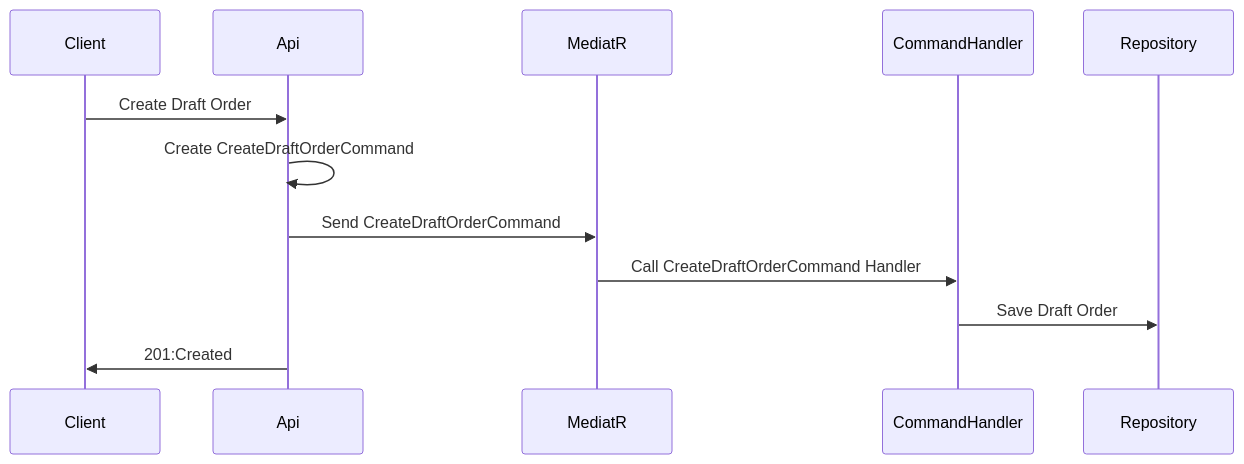
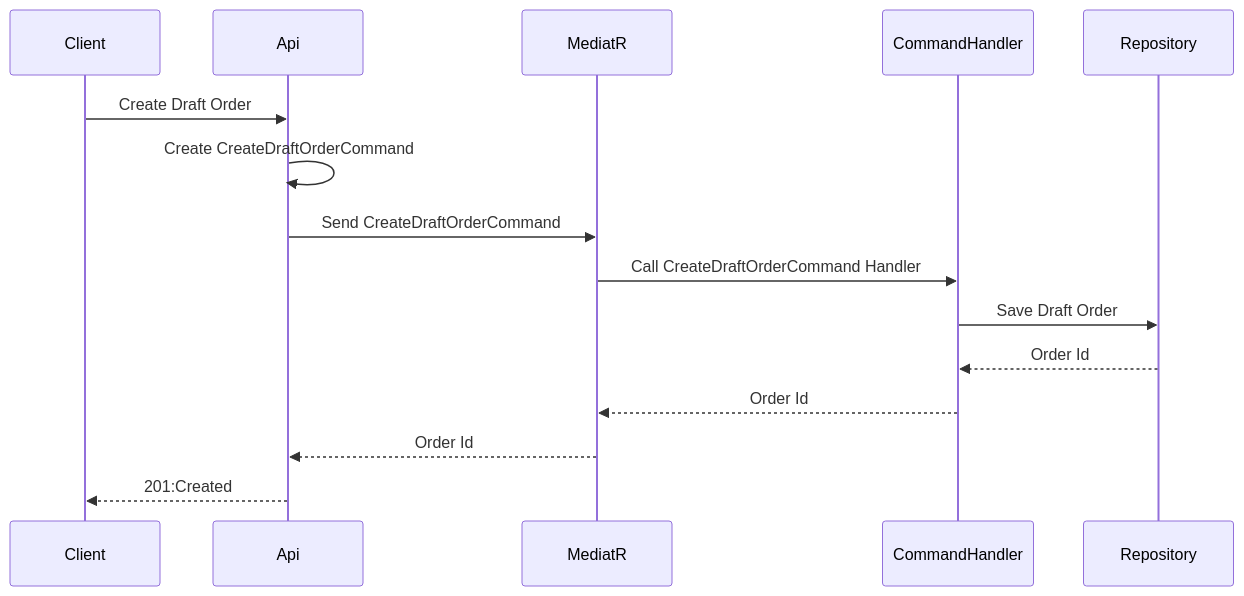
Before and after one commit to slobodanvulic/ecommerce-checkout-service: the first of 2 diagrams in README.md, drawn with Mermaid. The commit also changed other lines of this file, not shown here.

Commit message:
Uml sequence diagrams

````diff
--- a/README.md
+++ b/README.md
@@ -26,15 +26,18 @@
 ```mermaid
 sequenceDiagram;
     participant C as Client;
     participant Api as Api
     participant M as MediatR
     participant CH as CommandHandler
     participant R as Repository
 
     C->>Api: Create Draft Order
     Api->>Api: Create CreateDraftOrderCommand
     Api->>M: Send CreateDraftOrderCommand
     M->>CH: Call CreateDraftOrderCommand Handler
     CH->>R: Save Draft Order
-    Api->>C: 201:Created
+    R-->>CH: Order Id
+    CH-->>M: Order Id
+    M-->>Api: Order Id
+    Api-->>C: 201:Created
 ```
````
